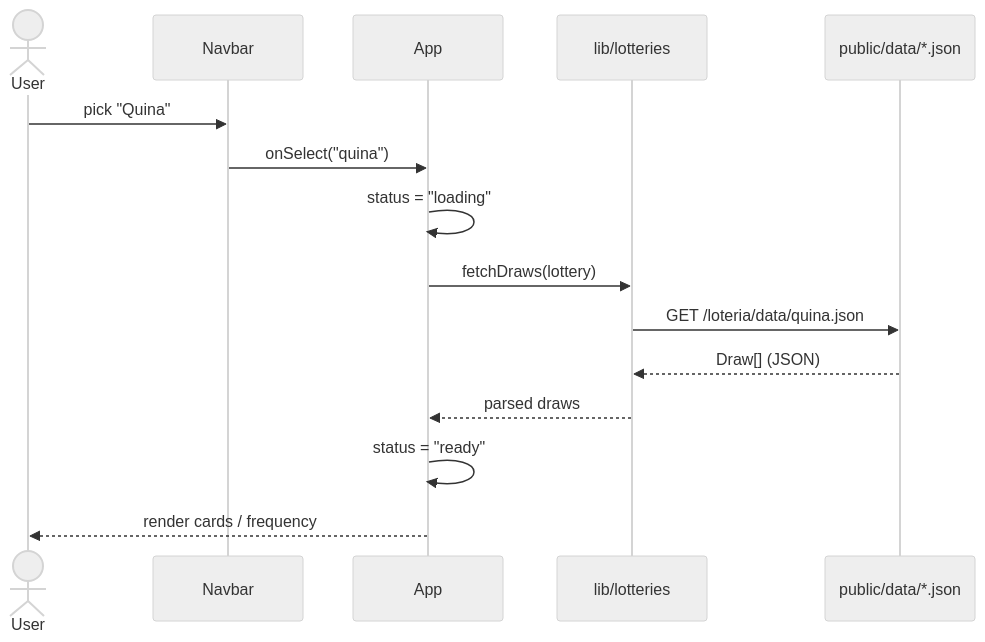
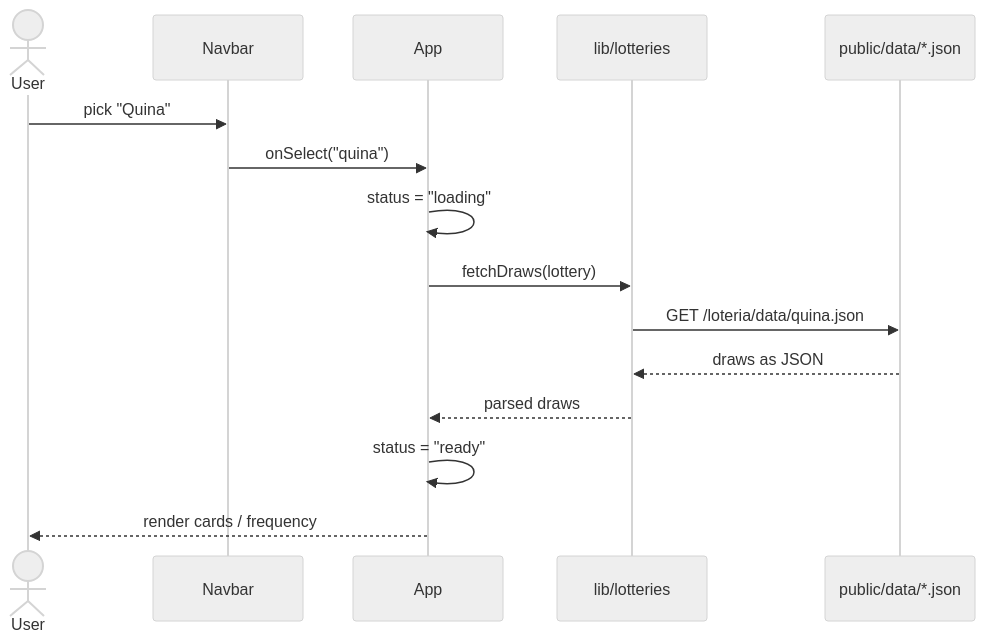
Before and after one commit to velrino/loteria: the second of 4 diagrams in README.md, drawn with Mermaid (neutral theme). The commit also changed other lines of this file, not shown here.

Commit message:
Fix Mermaid parse error in README
GitHub's Mermaid renderer rejected the "Draw[]" edge labels (square
brackets in |...| labels). Replace them with plain text so the
architecture and sequence diagrams render.

````diff
--- a/README.md
+++ b/README.md
@@ -81,18 +81,18 @@
 ```mermaid
 sequenceDiagram
     actor User
     participant Navbar
     participant App
     participant Lib as lib/lotteries
     participant CDN as public/data/*.json
 
     User->>Navbar: pick "Quina"
     Navbar->>App: onSelect("quina")
     App->>App: status = "loading"
     App->>Lib: fetchDraws(lottery)
     Lib->>CDN: GET /loteria/data/quina.json
-    CDN-->>Lib: Draw[] (JSON)
+    CDN-->>Lib: draws as JSON
     Lib-->>App: parsed draws
     App->>App: status = "ready"
     App-->>User: render cards / frequency
 ```
````
